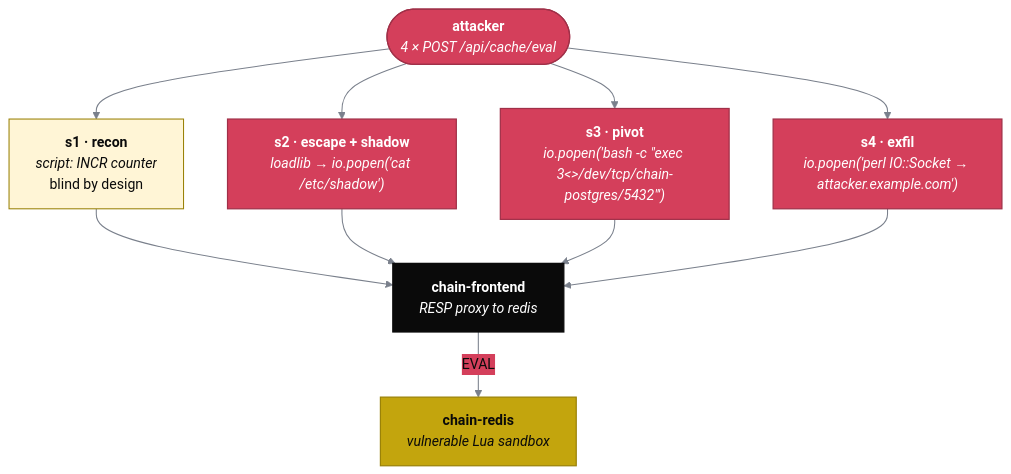
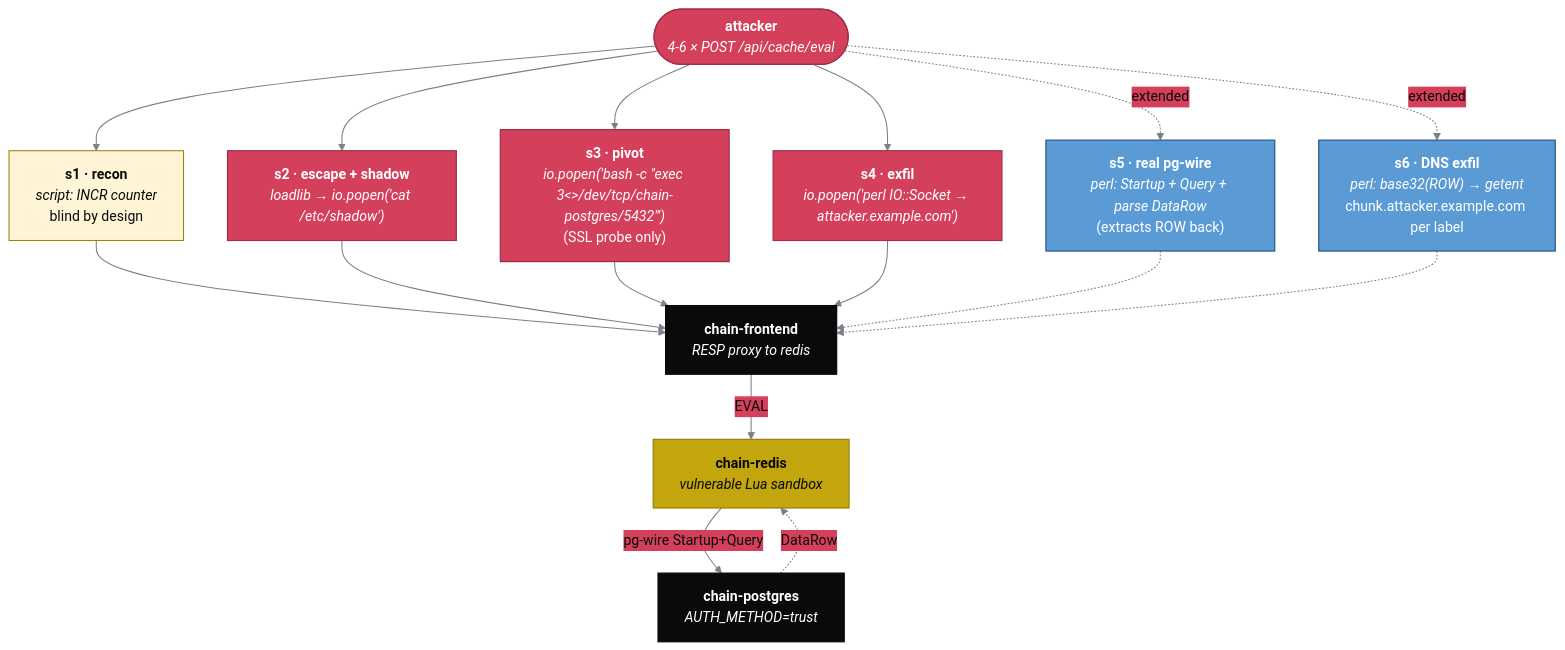
One commit to k8sstormcenter/bob changed the third of 10 diagrams in example/chain/diagrams.md. Above: the diagram before and after it, drawn with Mermaid. The commit also changed other lines of this file and 4 other files, not shown here.

First line of the commit message:
feat(chain): extended s5 (real pg-wire) + s6 (DNS exfil of stolen row)

````diff
--- a/example/chain/diagrams.md
+++ b/example/chain/diagrams.md
@@ -91,27 +93,34 @@
 ```mermaid
 %%{init: {"theme":"base","themeVariables":{"primaryColor":"#C3A50D","primaryTextColor":"#0a0a0a","primaryBorderColor":"#9a8208","lineColor":"#0a0a0a","secondaryColor":"#D43F5B","tertiaryColor":"#fff5d6"}}}%%
 flowchart TB
   classDef ref   fill:#C3A50D,stroke:#9a8208,color:#0a0a0a,stroke-width:1.4px
   classDef live  fill:#0a0a0a,stroke:#0a0a0a,color:#fff,stroke-width:1.4px
   classDef cmp   fill:#fff5d6,stroke:#9a8208,color:#0a0a0a,stroke-width:1.2px
   classDef warn  fill:#D43F5B,stroke:#a03048,color:#fff,stroke-width:1.4px
-  classDef ok    fill:#fafaf6,stroke:#0a0a0a,color:#0a0a0a,stroke-width:1px
+  classDef ext   fill:#5b9bd5,stroke:#2a5a8a,color:#fff,stroke-width:1.4px
 
-  atk(["<b>attacker</b><br/><i>4 × POST /api/cache/eval</i>"]):::warn
+  atk(["<b>attacker</b><br/><i>4-6 × POST /api/cache/eval</i>"]):::warn
 
   s1["<b>s1 · recon</b><br/><i>script: INCR counter</i><br/>blind by design"]:::cmp
   s2["<b>s2 · escape + shadow</b><br/><i>loadlib → io.popen('cat /etc/shadow')</i>"]:::warn
-  s3["<b>s3 · pivot</b><br/><i>io.popen('bash -c &quot;exec 3&lt;&gt;/dev/tcp/chain-postgres/5432&quot;')</i>"]:::warn
+  s3["<b>s3 · pivot</b><br/><i>io.popen('bash -c &quot;exec 3&lt;&gt;/dev/tcp/chain-postgres/5432&quot;')</i><br/>(SSL probe only)"]:::warn
   s4["<b>s4 · exfil</b><br/><i>io.popen('perl IO::Socket → attacker.example.com')</i>"]:::warn
+  s5["<b>s5 · real pg-wire</b><br/><i>perl: Startup + Query + parse DataRow</i><br/>(extracts ROW back)"]:::ext
+  s6["<b>s6 · DNS exfil</b><br/><i>perl: base32(ROW) → getent</i><br/>chunk.attacker.example.com per label"]:::ext
 
   fe["<b>chain-frontend</b><br/><i>RESP proxy to redis</i>"]:::live
   rd["<b>chain-redis</b><br/><i>vulnerable Lua sandbox</i>"]:::ref
+  pg["<b>chain-postgres</b><br/><i>AUTH_METHOD=trust</i>"]:::live
 
   atk --> s1 --> fe
   atk --> s2 --> fe
   atk --> s3 --> fe
   atk --> s4 --> fe
+  atk -. extended .-> s5 -.-> fe
+  atk -. extended .-> s6 -.-> fe
   fe ==>|EVAL| rd
+  rd ==>|pg-wire Startup+Query| pg
+  pg -. DataRow .-> rd
 
   linkStyle default stroke:#7a808c,stroke-width:1.2px
 ```
````
